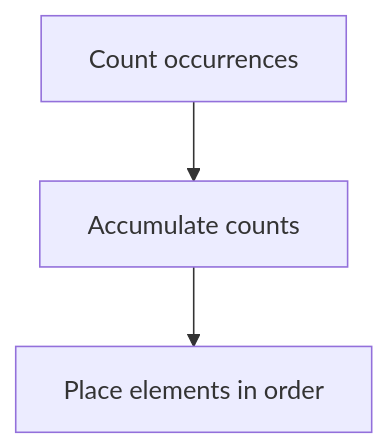
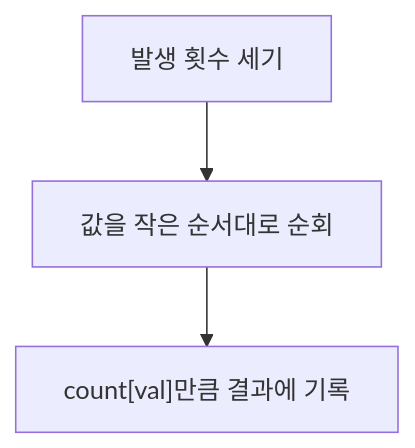
Before and after one commit to mandoobox/mandoobox.github.io: the diagram in _posts/algorithm/2026-03-07-sorting.md, drawn with Mermaid. The commit also changed other lines of this file and 24 other files, not shown here.

Commit message:
feat: mermaid kr

````diff
--- a/_posts/algorithm/2026-03-07-sorting.md
+++ b/_posts/algorithm/2026-03-07-sorting.md
@@ -199,5 +199,5 @@
 ```mermaid
 flowchart TD
-    A["Count occurrences"] --> B["Accumulate counts"]
-    B --> C["Place elements in order"]
+    A["발생 횟수 세기"] --> B["값을 작은 순서대로 순회"]
+    B --> C["count[val]만큼 결과에 기록"]
 ```
````
